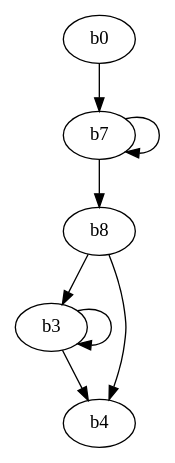
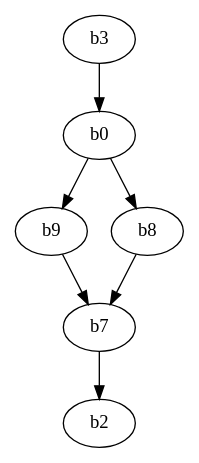
Before and after one commit to JoelWAnna/MiniOptimizingCompiler: the diagram in MiniOptIm3/after.dot, drawn with Graphviz. The commit also changed 26 other files, not shown here.

```diff
--- a/MiniOptIm3/after.dot
+++ b/MiniOptIm3/after.dot
@@ -1,10 +1,9 @@
 digraph MIL {
-  b0;
-  b0 -> b7;
-  b7 -> b7;
-  b7 -> b8;
-  b8 -> b3;
-  b3 -> b3;
-  b8 -> b4;
-  b3 -> b4;
+  b3;
+  b3 -> b0;
+  b0 -> b9;
+  b0 -> b8;
+  b9 -> b7;
+  b8 -> b7;
+  b7 -> b2;
 }
```
